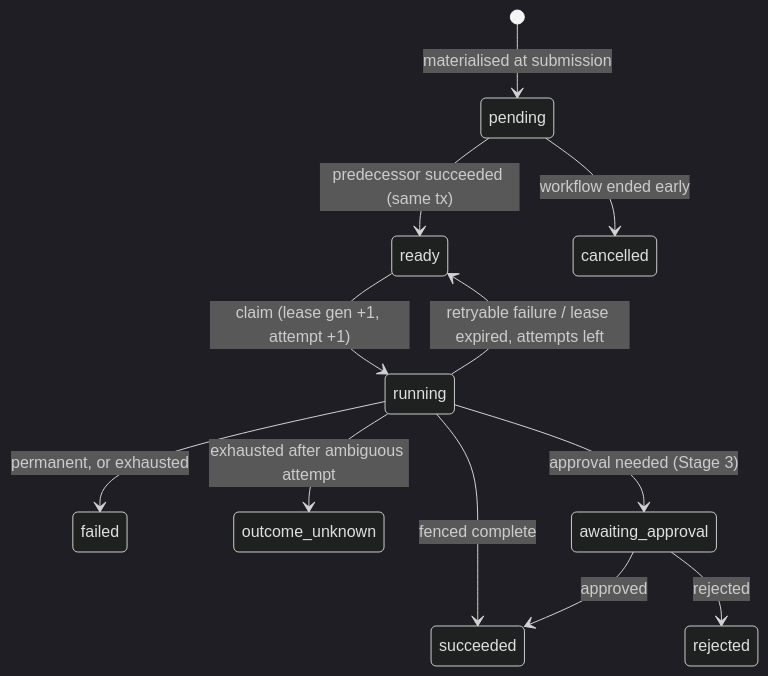
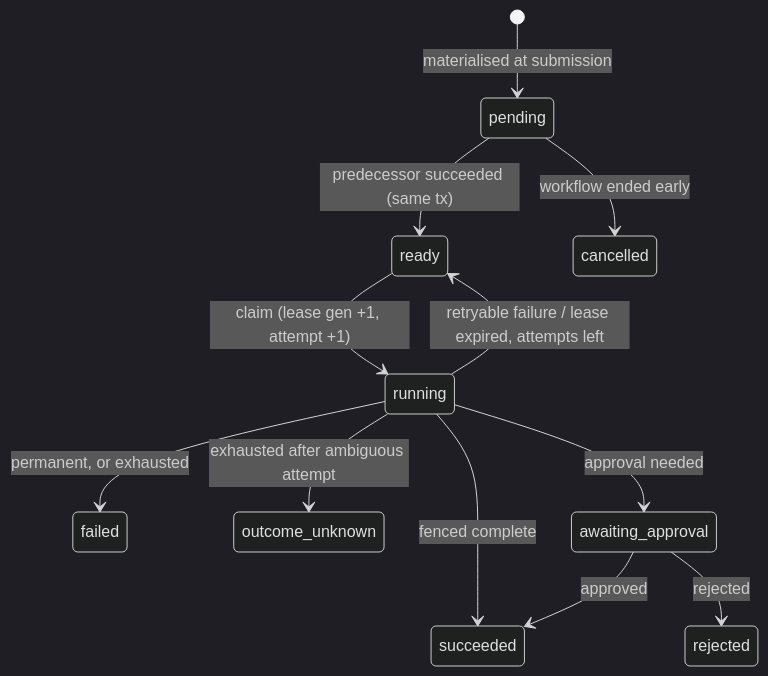
One commit to DDSC0420/coding-portfolio changed the first of 2 diagrams in 08-relay/docs/architecture.md. Above: the diagram before and after it, drawn with Mermaid (dark theme). The commit also changed other lines of this file and 11 other files, not shown here.

````diff
--- a/08-relay/docs/architecture.md
+++ b/08-relay/docs/architecture.md
@@ -70,14 +70,14 @@
 ```mermaid
 stateDiagram-v2
     [*] --> pending: materialised at submission
     pending --> ready: predecessor succeeded (same tx)
     ready --> running: claim (lease gen +1, attempt +1)
     running --> succeeded: fenced complete
     running --> ready: retryable failure / lease expired, attempts left
     running --> failed: permanent, or exhausted
     running --> outcome_unknown: exhausted after ambiguous attempt
-    running --> awaiting_approval: approval needed (Stage 3)
+    running --> awaiting_approval: approval needed
     awaiting_approval --> succeeded: approved
     awaiting_approval --> rejected: rejected
     pending --> cancelled: workflow ended early
 ```
````
